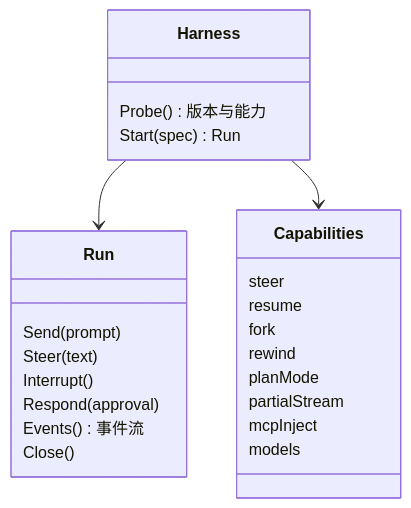
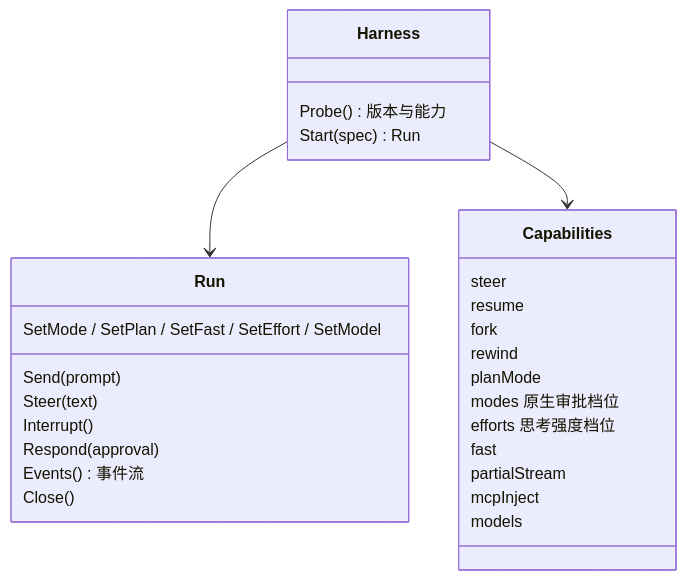
Before and after one commit to yangflow/hoplet: the diagram in docs/design/0003-agent-driving.md, drawn with Mermaid. The commit also changed 27 other files, not shown here.

First line of the commit message:
feat(session): add auto review, plan and fast modes and effort (#12)

````diff
--- a/docs/design/0003-agent-driving.md
+++ b/docs/design/0003-agent-driving.md
@@ -19,27 +19,31 @@
 ```mermaid
 classDiagram
     class Harness {
         Probe() 版本与能力
         Start(spec) Run
     }
     class Run {
         Send(prompt)
         Steer(text)
         Interrupt()
         Respond(approval)
+        SetMode / SetPlan / SetFast / SetEffort / SetModel
         Events() 事件流
         Close()
     }
     class Capabilities {
         steer
         resume
         fork
         rewind
         planMode
+        modes 原生审批档位
+        efforts 思考强度档位
+        fast
         partialStream
         mcpInject
         models
     }
     Harness --> Run
     Harness --> Capabilities
 ```
````
